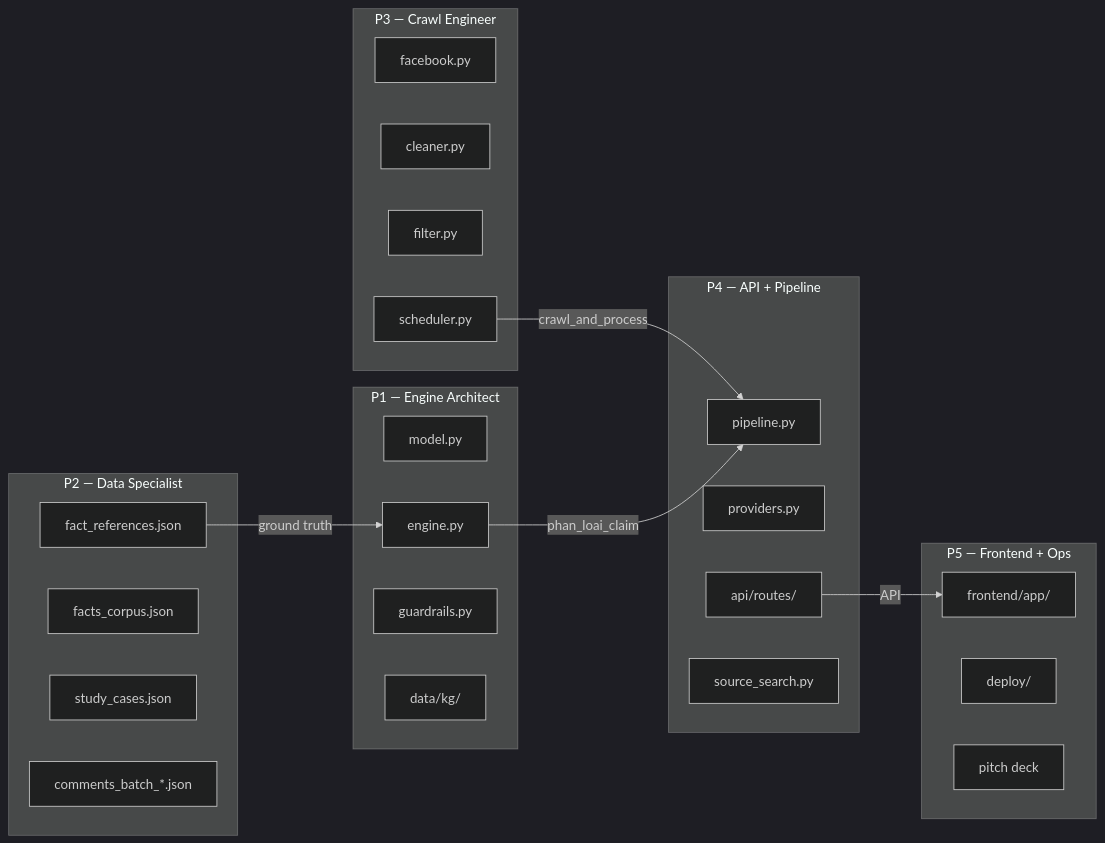
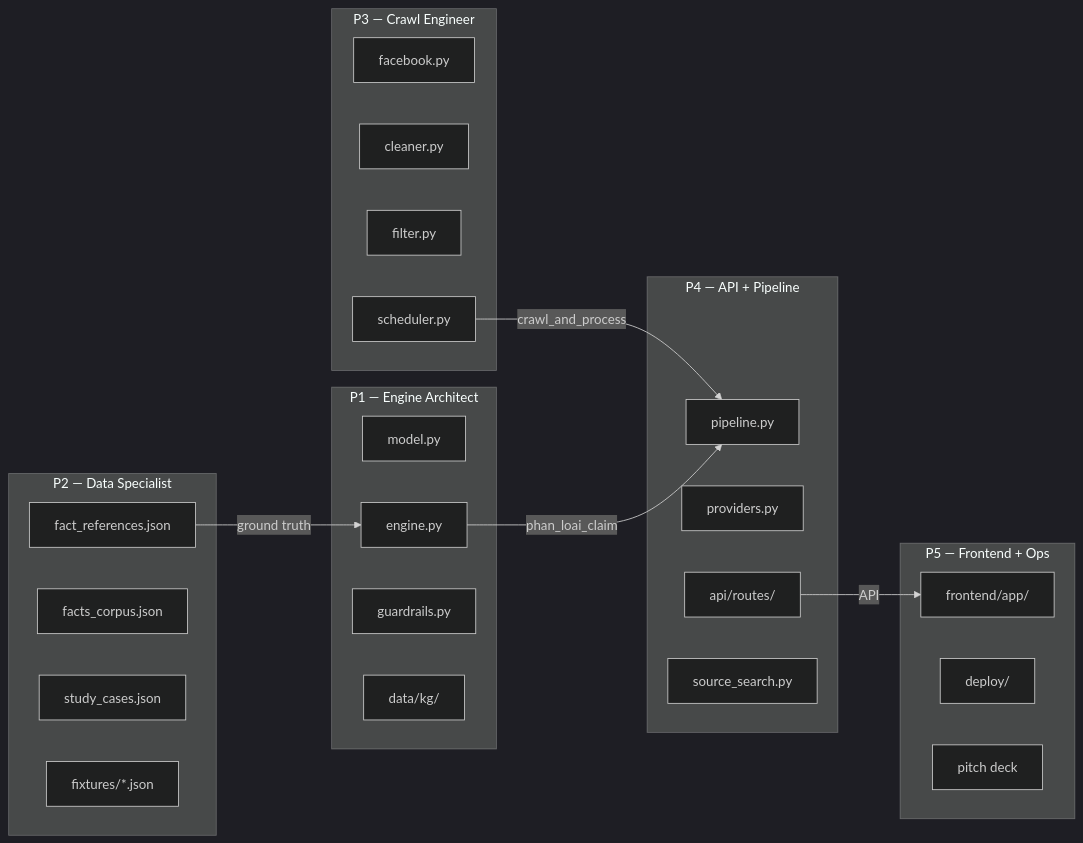
Before and after one commit to Datghb/dia-chung: the fourth of 4 diagrams in README.md, drawn with Mermaid (dark theme). The commit also changed other lines of this file and 4 other files, not shown here.

First line of the commit message:
fix: README architecture update + chart date fallback

````diff
--- a/README.md
+++ b/README.md
@@ -172,41 +207,41 @@
 ```mermaid
 graph LR
     subgraph "P1 — Engine Architect"
         P1A[model.py]
         P1B[engine.py]
         P1C[guardrails.py]
         P1D[data/kg/]
     end
 
     subgraph "P2 — Data Specialist"
         P2A[fact_references.json]
         P2B[facts_corpus.json]
         P2C[study_cases.json]
-        P2D[comments_batch_*.json]
+        P2D[fixtures/*.json]
     end
 
     subgraph "P3 — Crawl Engineer"
         P3A[facebook.py]
         P3B[cleaner.py]
         P3C[filter.py]
         P3D[scheduler.py]
     end
 
     subgraph "P4 — API + Pipeline"
         P4A[pipeline.py]
         P4B[providers.py]
         P4C[api/routes/]
         P4D[source_search.py]
     end
 
     subgraph "P5 — Frontend + Ops"
         P5A[frontend/app/]
         P5B[deploy/]
         P5C[pitch deck]
     end
 
     P2A -->|ground truth| P1B
     P3D -->|crawl_and_process| P4A
     P1B -->|phan_loai_claim| P4A
     P4C -->|API| P5A
 ```
````
